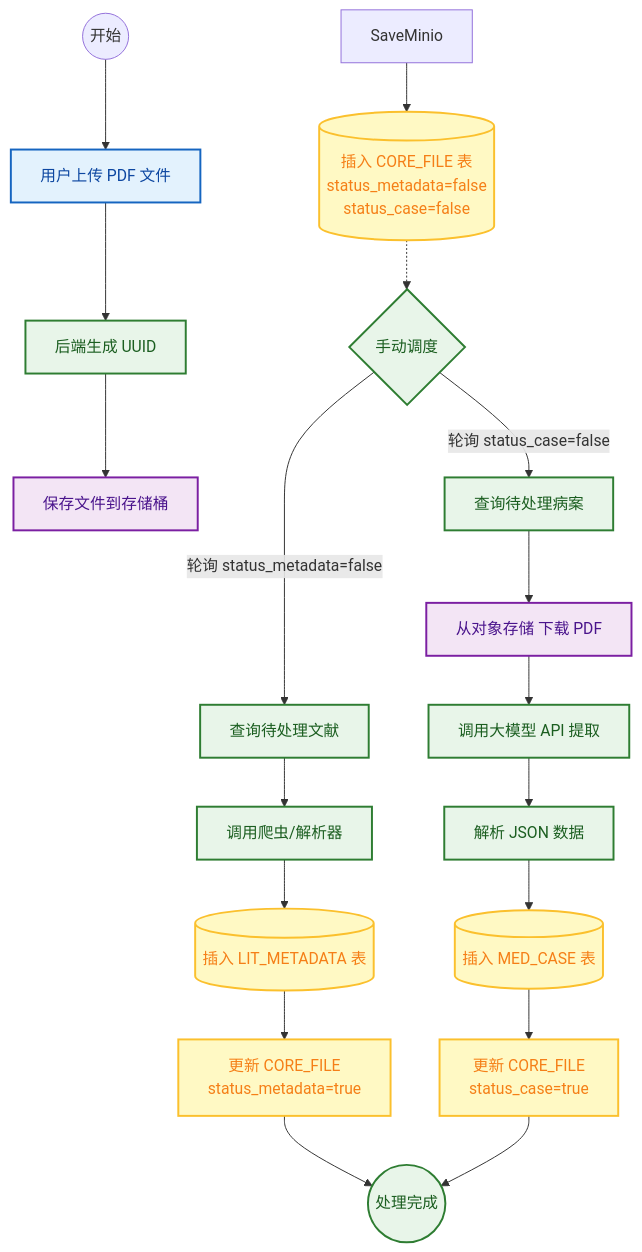
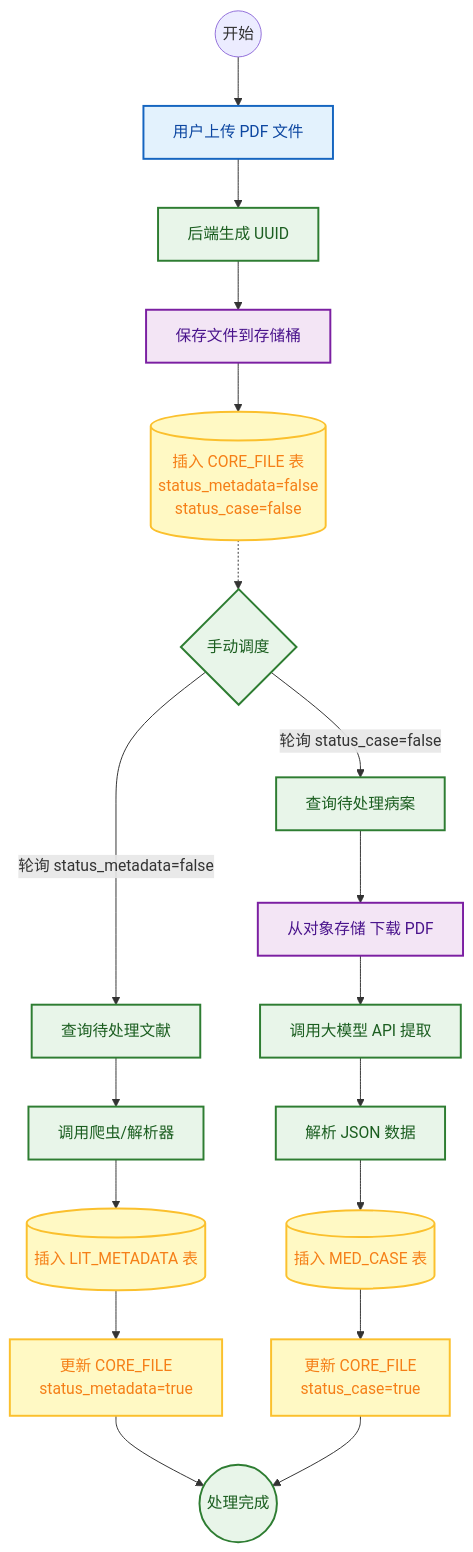
The first of 2 diagrams in README.md (jiangbo1209/Tcm-agent), drawn with Mermaid before and after one commit. The commit also changed other lines of this file and 37 other files, not shown here.

````diff
--- a/README.md
+++ b/README.md
@@ -63,41 +63,41 @@
 ```mermaid
 graph TD
 
     %% 定义样式
 
     classDef userAction fill:#e3f2fd,stroke:#1565c0,stroke-width:2px,color:#0d47a1;
     classDef db fill:#fff9c4,stroke:#fbc02d,stroke-width:2px,color:#f57f17;
     classDef process fill:#e8f5e9,stroke:#2e7d32,stroke-width:2px,color:#1b5e20;
     classDef storage fill:#f3e5f5,stroke:#7b1fa2,stroke-width:2px,color:#4a148c;
 
     %% --- 阶段 1: 文件上传 ---
 
     Start((开始)) --> UploadAction[用户上传 PDF 文件]:::userAction
     UploadAction --> GenUUID[后端生成 UUID]:::process
     GenUUID --> SaveStorage[保存文件到存储桶]:::storage
-    SaveMinio --> InsertCoreFile[(插入 CORE_FILE 表<br/>status_metadata=false<br/>status_case=false)]:::db
+    SaveStorage --> InsertCoreFile[(插入 CORE_FILE 表<br/>status_metadata=false<br/>status_case=false)]:::db
 
     %% --- 调度/轮询层 ---
 
     InsertCoreFile -.-> Scheduler{手动调度}:::process
 
     %% --- 阶段 2: 文献元数据提取 ---
 
     Scheduler -- "轮询 status_metadata=false" --> QueryMeta[查询待处理文献]:::process
     QueryMeta --> CrawlAction[调用爬虫/解析器]:::process
     CrawlAction --> InsertLitMeta[(插入 LIT_METADATA 表)]:::db
     InsertLitMeta --> UpdateMetaStatus[更新 		CORE_FILE<br/>status_metadata=true]:::db
 
     %% --- 阶段 4: 病案解析 ---
 
     Scheduler -- "轮询 status_case=false" --> QueryCase[查询待处理病案]:::process
     QueryCase --> DownloadPDF[从对象存储 下载 PDF]:::storage
     DownloadPDF --> LLMProcess[调用大模型 API 提取]:::process
     LLMProcess --> ParseJSON[解析 JSON 数据]:::process
     ParseJSON --> InsertCase[(插入 MED_CASE 表)]:::db
     InsertCase --> UpdateCaseStatus[更新 CORE_FILE<br/>status_case=true]:::db
 
     %% --- 结束 ---
     UpdateMetaStatus --> End((处理完成)):::process
     UpdateCaseStatus --> End
 ```
````
